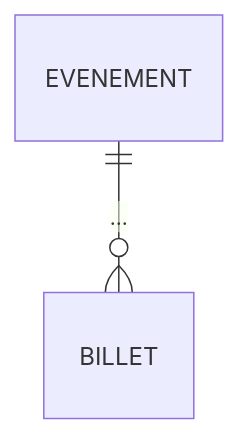
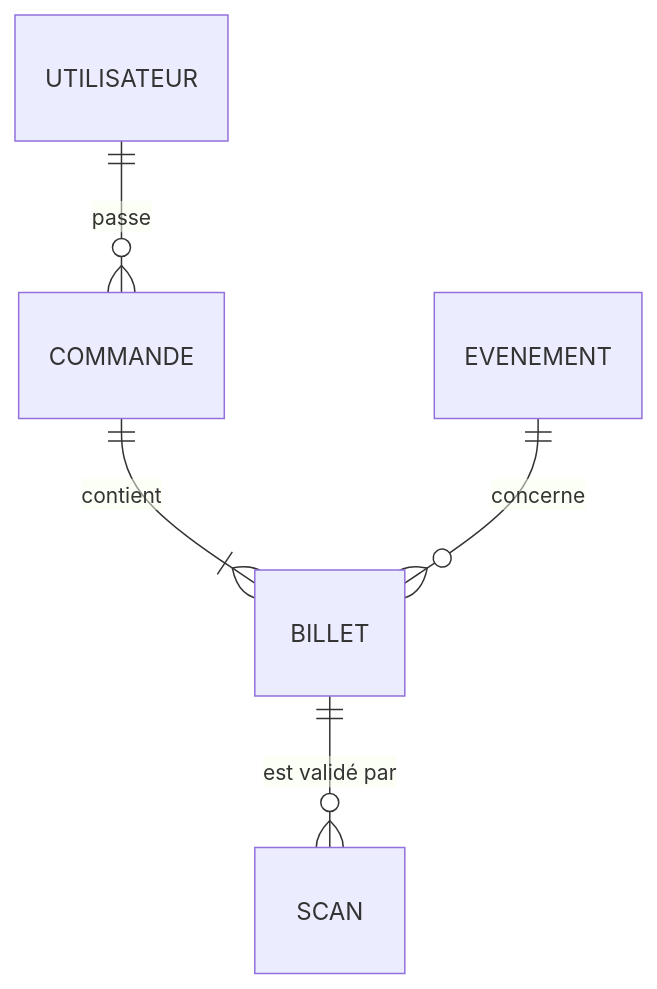
The diagram in docs/ressources.md (LeoLgls/tp_orbitale), drawn with Mermaid before and after one commit. The commit also changed other lines of this file and 5 other files, not shown here.

````diff
--- a/docs/ressources.md
+++ b/docs/ressources.md
@@ -21,4 +23,7 @@
 ```mermaid
 erDiagram
-  EVENEMENT ||--o{ BILLET : "..."
+  UTILISATEUR ||--o{ COMMANDE : "passe"
+  COMMANDE ||--|{ BILLET : "contient"
+  EVENEMENT ||--o{ BILLET : "concerne"
+  BILLET ||--o{ SCAN : "est validé par"
 ```
````
